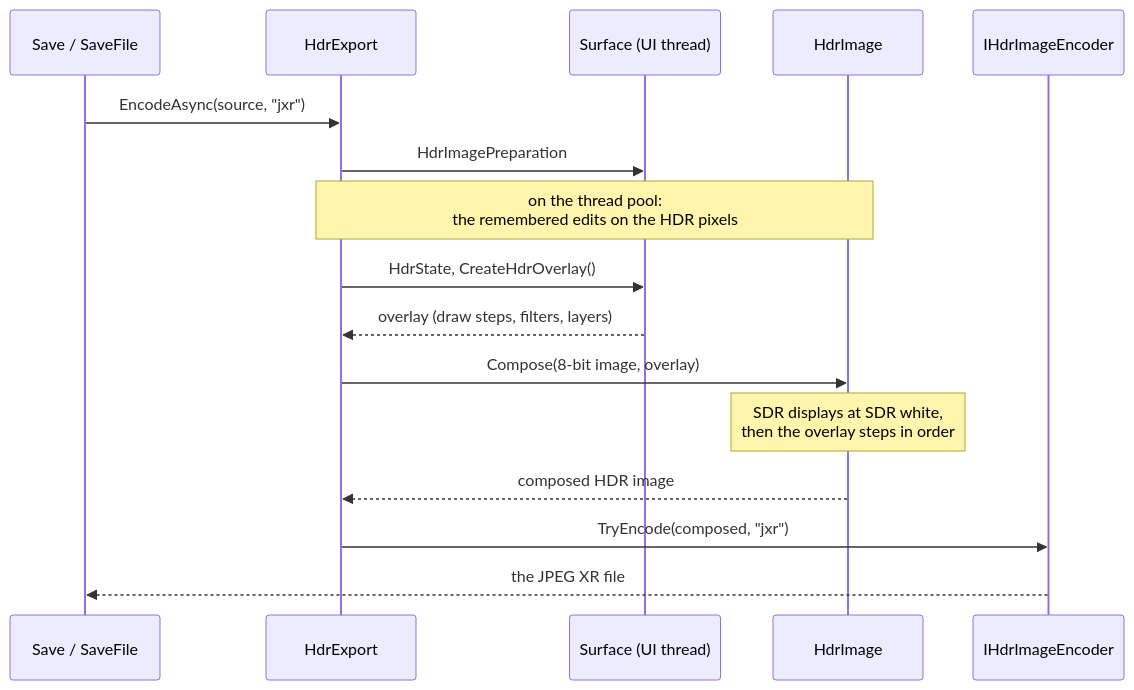
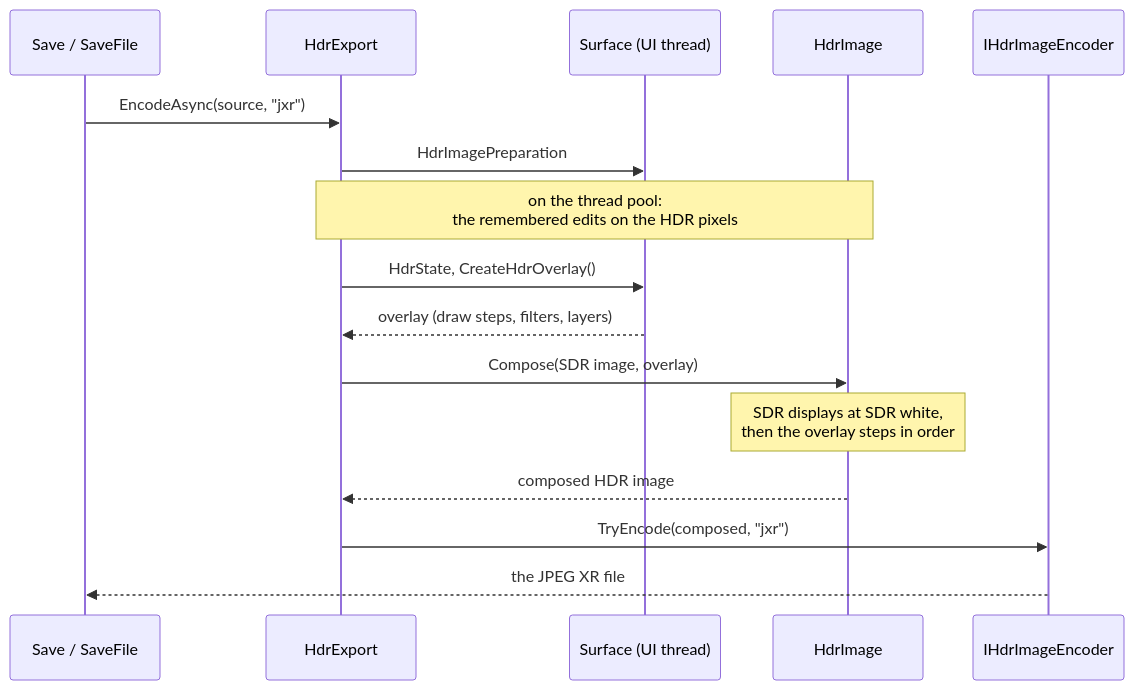
One commit to greenshot/greenshot changed the second of 3 diagrams in docs/vNext/hdr.md. Above: the diagram before and after it, drawn with Mermaid. The commit also changed other lines of this file and 1 other file, not shown here.

First line of the commit message:
Explain SDR and HDR before the details, say SDR image instead of 8-bit image

````diff
--- a/docs/vNext/hdr.md
+++ b/docs/vNext/hdr.md
@@ -102,18 +121,18 @@
 ```mermaid
 sequenceDiagram
     participant Save as Save / SaveFile
     participant Export as HdrExport
     participant Surface as Surface (UI thread)
     participant Hdr as HdrImage
     participant Wic as IHdrImageEncoder
     Save->>Export: EncodeAsync(source, "jxr")
     Export->>Surface: HdrImagePreparation
     Note over Export,Hdr: on the thread pool:<br/>the remembered edits on the HDR pixels
     Export->>Surface: HdrState, CreateHdrOverlay()
     Surface-->>Export: overlay (draw steps, filters, layers)
-    Export->>Hdr: Compose(8-bit image, overlay)
+    Export->>Hdr: Compose(SDR image, overlay)
     Note over Hdr: SDR displays at SDR white,<br/>then the overlay steps in order
     Hdr-->>Export: composed HDR image
     Export->>Wic: TryEncode(composed, "jxr")
     Wic-->>Save: the JPEG XR file
 ```
````
